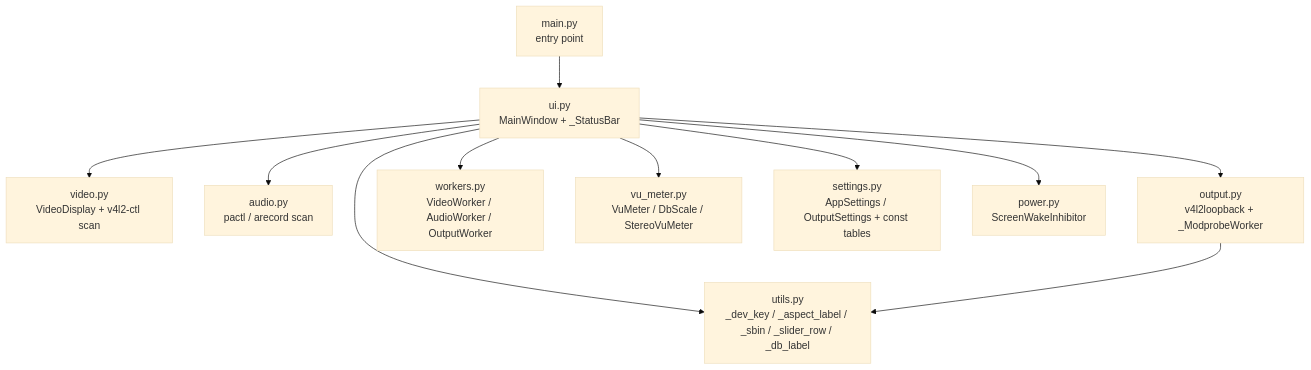
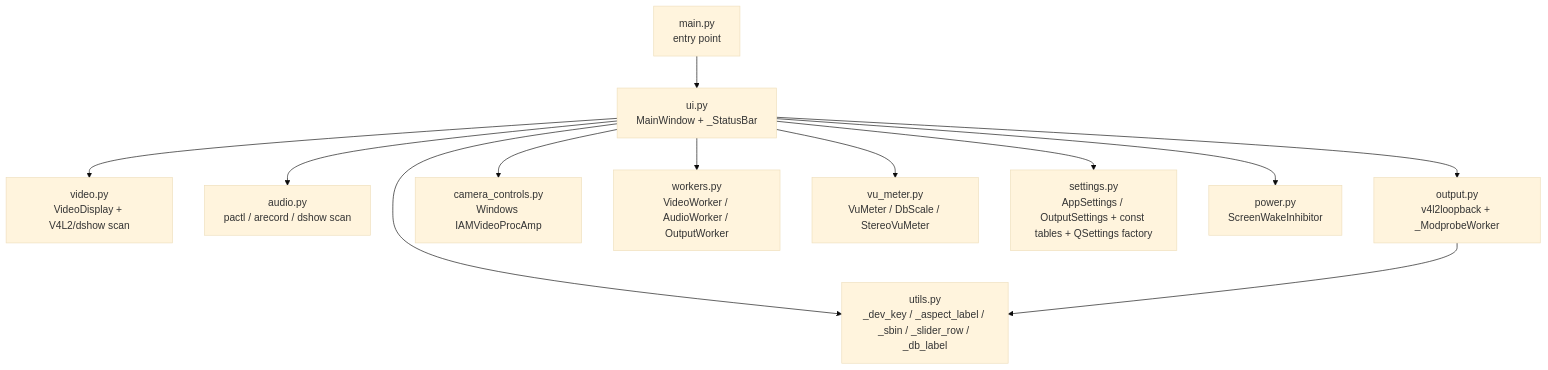
The second of 4 diagrams in AGENTS.md (RetroZelda/hagibis-monitor), drawn with Mermaid (base theme) before and after one commit. The commit also changed other lines of this file and 15 other files, not shown here.

````diff
--- a/AGENTS.md
+++ b/AGENTS.md
@@ -180,24 +193,26 @@
 ```mermaid
 flowchart TD
     main[main.py<br/>entry point]
     ui[ui.py<br/>MainWindow + _StatusBar]
-    video[video.py<br/>VideoDisplay + v4l2-ctl scan]
-    audio[audio.py<br/>pactl / arecord scan]
+    video[video.py<br/>VideoDisplay + V4L2/dshow scan]
+    audio[audio.py<br/>pactl / arecord / dshow scan]
     output[output.py<br/>v4l2loopback + _ModprobeWorker]
+    camctl[camera_controls.py<br/>Windows IAMVideoProcAmp]
     workers[workers.py<br/>VideoWorker / AudioWorker / OutputWorker]
     vu[vu_meter.py<br/>VuMeter / DbScale / StereoVuMeter]
-    settings[settings.py<br/>AppSettings / OutputSettings + const tables]
+    settings[settings.py<br/>AppSettings / OutputSettings + const tables + QSettings factory]
     utils[utils.py<br/>_dev_key / _aspect_label / _sbin / _slider_row / _db_label]
     power[power.py<br/>ScreenWakeInhibitor]
 
     main --> ui
     ui --> video
     ui --> audio
     ui --> power
     ui --> output
+    ui --> camctl
     ui --> workers
     ui --> vu
     ui --> settings
     ui --> utils
     output --> utils
 ```
````
